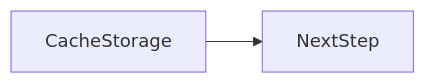
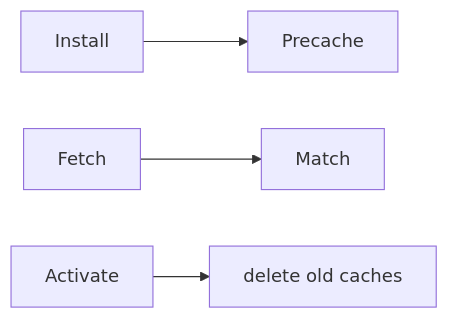
One commit to OmidJavaherii/Frontend-Engineering-Handbook changed the first of 2 diagrams in docs/en/09-browser-apis/cache-storage/index.md. Above: the diagram before and after it, drawn with Mermaid. The commit also changed other lines of this file and 461 other files, not shown here.

````diff
--- a/docs/en/09-browser-apis/cache-storage/index.md
+++ b/docs/en/09-browser-apis/cache-storage/index.md
@@ -96,4 +57,6 @@
 ```mermaid
 flowchart LR
-  concept[CacheStorage] --> nextStep[NextStep]
+  Install --> Precache
+  Fetch --> Match
+  Activate --> DeleteOld[delete old caches]
 ```
````
